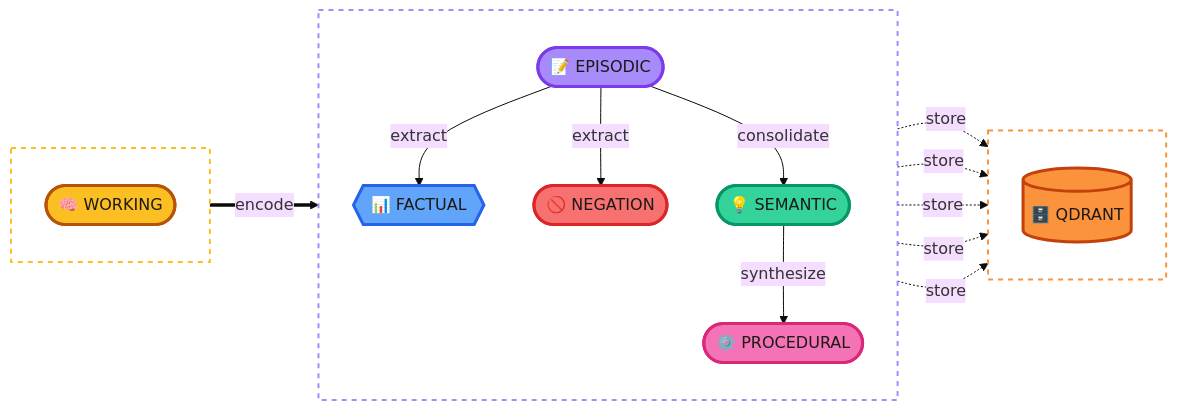
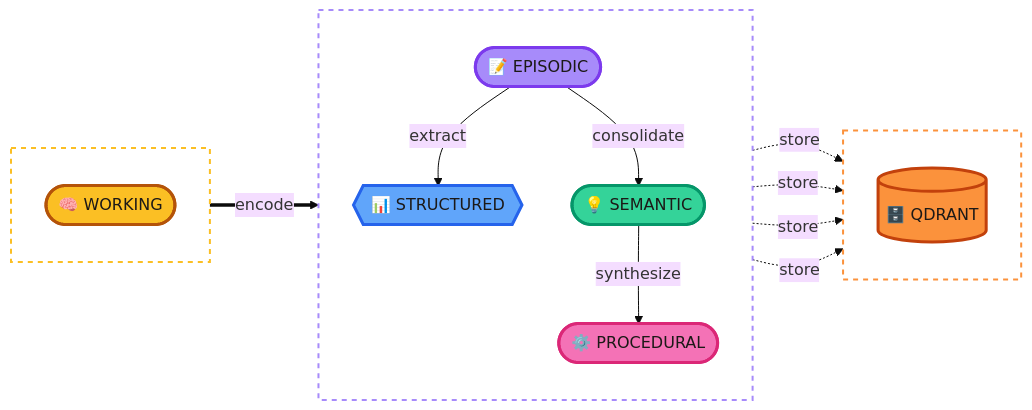
The diagram in README.md (ashita-ai/engram), drawn with Mermaid (base theme) before and after one commit. The commit also changed other lines of this file and 56 other files, not shown here.

````diff
--- a/README.md
+++ b/README.md
@@ -62,45 +62,41 @@
 ```mermaid
 flowchart LR
     subgraph INPUT [" "]
         direction TB
         WM([🧠 WORKING])
     end
 
     subgraph CORE [" "]
         direction TB
         EP([📝 EPISODIC])
-        FACT{{📊 FACTUAL}}
+        STRUCT{{📊 STRUCTURED}}
         SEM([💡 SEMANTIC])
         PROC([⚙️ PROCEDURAL])
-        NEG([🚫 NEGATION])
     end
 
     subgraph STORE [" "]
         direction TB
         QD[(🗄️ QDRANT)]
     end
 
     WM ==>|encode| EP
-    EP -->|extract| FACT
-    EP -->|extract| NEG
+    EP -->|extract| STRUCT
     EP -->|consolidate| SEM
     SEM -->|synthesize| PROC
 
     EP -.->|store| QD
-    FACT -.->|store| QD
+    STRUCT -.->|store| QD
     SEM -.->|store| QD
     PROC -.->|store| QD
-    NEG -.->|store| QD
 
     style WM fill:#fbbf24,stroke:#b45309,stroke-width:3px,color:#1c1917
     style EP fill:#a78bfa,stroke:#7c3aed,stroke-width:3px,color:#1c1917
-    style FACT fill:#60a5fa,stroke:#2563eb,stroke-width:3px,color:#1c1917
+    style STRUCT fill:#60a5fa,stroke:#2563eb,stroke-width:3px,color:#1c1917
     style SEM fill:#34d399,stroke:#059669,stroke-width:3px,color:#1c1917
     style PROC fill:#f472b6,stroke:#db2777,stroke-width:3px,color:#1c1917
-    style NEG fill:#f87171,stroke:#dc2626,stroke-width:3px,color:#1c1917
     style QD fill:#fb923c,stroke:#c2410c,stroke-width:3px,color:#1c1917
 
     style INPUT fill:transparent,stroke:#fbbf24,stroke-width:2px,stroke-dasharray:5
     style CORE fill:transparent,stroke:#a78bfa,stroke-width:2px,stroke-dasharray:5
     style STORE fill:transparent,stroke:#fb923c,stroke-width:2px,stroke-dasharray:5
 ```
````
